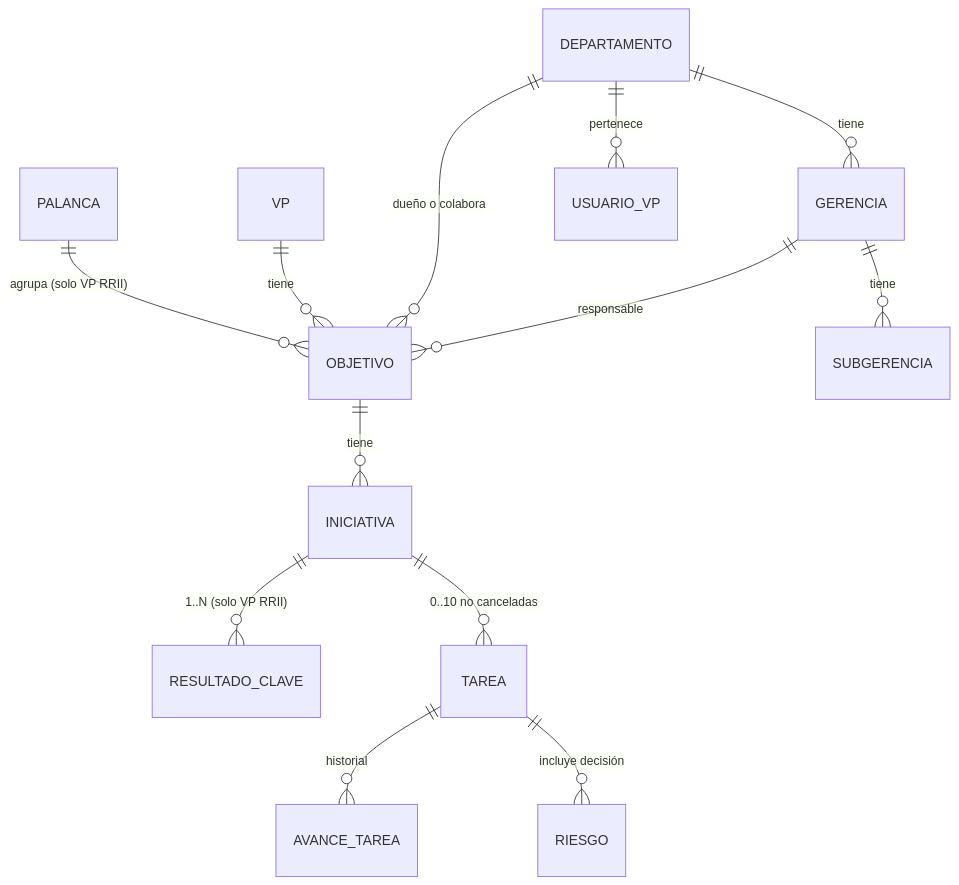
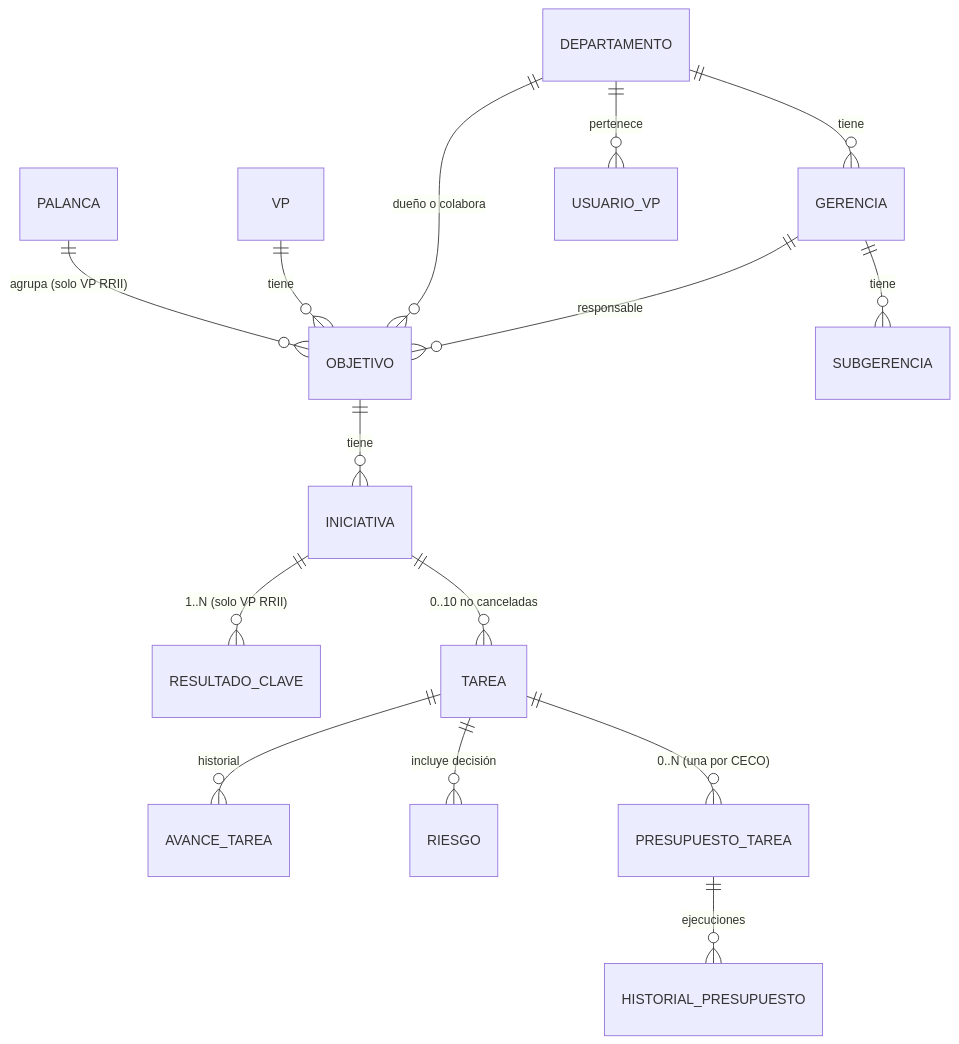
The fourth of 4 diagrams in docs/especificacion-funcional.md (MilagrosPessinoCirco/Objetivos-VP), drawn with Mermaid before and after one commit. The commit also changed other lines of this file, not shown here.

````diff
--- a/docs/especificacion-funcional.md
+++ b/docs/especificacion-funcional.md
@@ -652,15 +679,17 @@
 ```mermaid
 erDiagram
   PALANCA ||--o{ OBJETIVO : "agrupa (solo VP RRII)"
   VP ||--o{ OBJETIVO : tiene
   DEPARTAMENTO ||--o{ OBJETIVO : "dueño o colabora"
   GERENCIA ||--o{ OBJETIVO : responsable
   DEPARTAMENTO ||--o{ GERENCIA : tiene
   GERENCIA ||--o{ SUBGERENCIA : tiene
   DEPARTAMENTO ||--o{ USUARIO_VP : pertenece
   OBJETIVO ||--o{ INICIATIVA : tiene
   INICIATIVA ||--o{ RESULTADO_CLAVE : "1..N (solo VP RRII)"
   INICIATIVA ||--o{ TAREA : "0..10 no canceladas"
   TAREA ||--o{ AVANCE_TAREA : historial
   TAREA ||--o{ RIESGO : "incluye decisión"
+  TAREA ||--o{ PRESUPUESTO_TAREA : "0..N (una por CECO)"
+  PRESUPUESTO_TAREA ||--o{ HISTORIAL_PRESUPUESTO : ejecuciones
 ```
````
